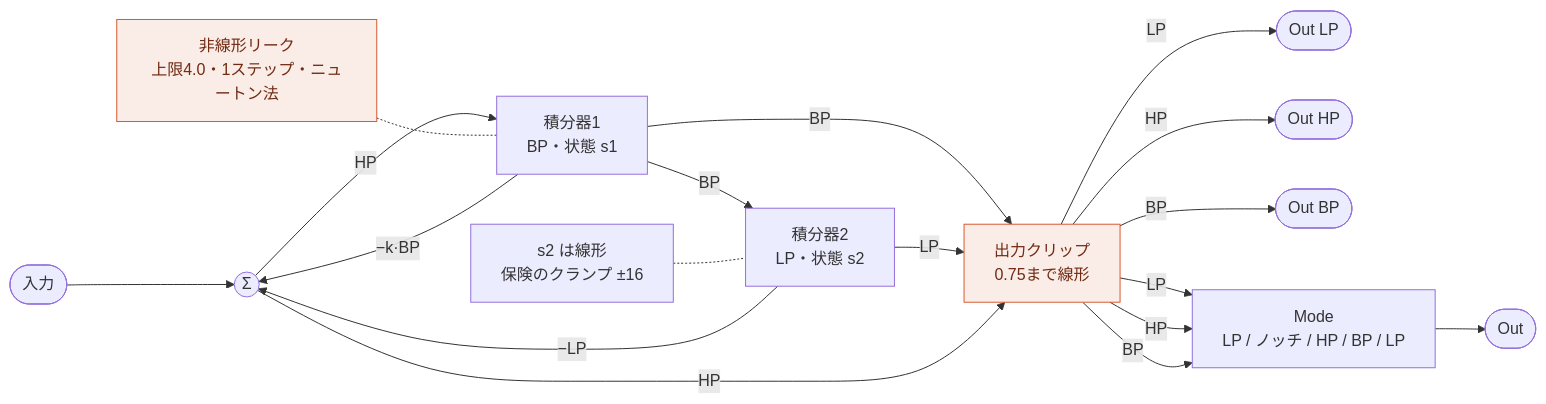
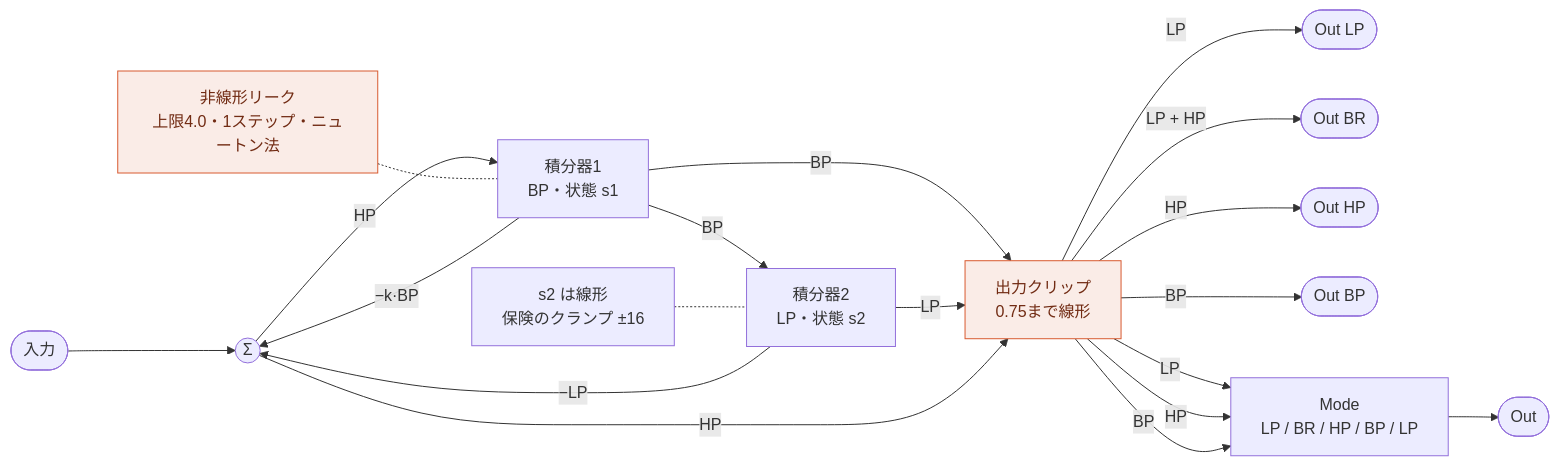
The first of 5 diagrams in spms1_type2/spms1_patching.ja.md (risgk/midi_synthesizer_spms1), drawn with Mermaid before and after one commit. The commit also changed other lines of this file and 11 other files, not shown here.

First line of the commit message:
type-2: Filters: Out BR, and Mode with BR (the band reject) instead of Notch

````diff
--- a/spms1_type2/spms1_patching.ja.md
+++ b/spms1_type2/spms1_patching.ja.md
@@ -96,22 +96,23 @@
 ```mermaid
 flowchart LR
   IN([入力]) --> SUM((Σ))
   SUM -->|HP| I1["積分器1<br/>BP・状態 s1"]
   I1 -->|BP| OC
   I1 -->|BP| I2["積分器2<br/>LP・状態 s2"]
   I2 -->|LP| OC["出力クリップ<br/>0.75まで線形"]
   SUM -->|HP| OC
   OC -->|LP| OUT_LP([Out LP])
+  OC -->|LP + HP| OUT_BR([Out BR])
   OC -->|HP| OUT_HP([Out HP])
   OC -->|BP| OUT_BP([Out BP])
-  OC -->|LP| XF["Mode<br/>LP / ノッチ / HP / BP / LP"]
+  OC -->|LP| XF["Mode<br/>LP / BR / HP / BP / LP"]
   OC -->|HP| XF
   OC -->|BP| XF
   XF --> OUT([Out])
   SC["非線形リーク<br/>上限4.0・1ステップ・ニュートン法"] -.- I1
   L2["s2 は線形<br/>保険のクランプ ±16"] -.- I2
   I1 -->|"−k·BP"| SUM
   I2 -->|"−LP"| SUM
   classDef nl fill:#FAECE7,stroke:#D85A30,color:#712B13
   class SC,OC nl
 ```
````
